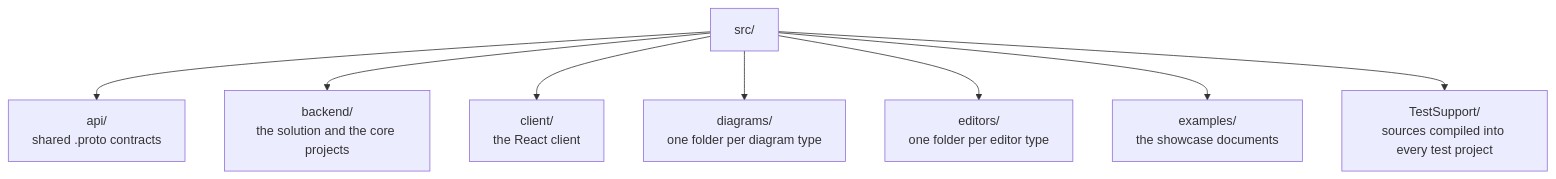
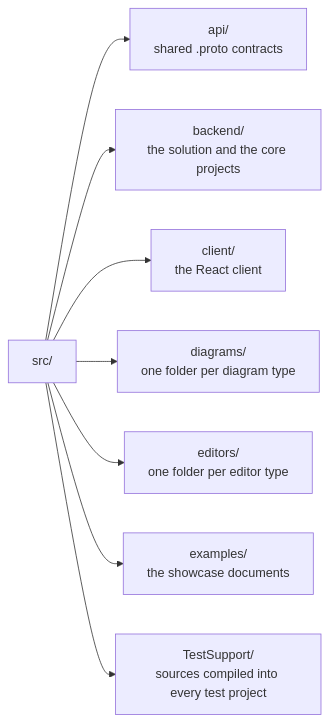
The diagram in docs/solution-structure.md (etalii-adp/etalii.adp.ide.standalone), drawn with Mermaid before and after one commit. The commit also changed 1 other file, not shown here.

Commit message:
architecture-pages: the structure diagram runs left to right, so seven children read at the dashboard's width (Requirement 4.4).
Rendered with mermaid 11 at 700px: top-to-bottom fanned the seven folders into one row with unreadable labels.
Both blocks parse; a planted broken arrow does not.

````diff
--- a/docs/solution-structure.md
+++ b/docs/solution-structure.md
@@ -7,11 +7,11 @@
 ```mermaid
-flowchart TB
+flowchart LR
     src["src/"]
     src --> api["api/<br/>shared .proto contracts"]
     src --> backend["backend/<br/>the solution and the core projects"]
     src --> client["client/<br/>the React client"]
     src --> diagrams["diagrams/<br/>one folder per diagram type"]
     src --> editors["editors/<br/>one folder per editor type"]
     src --> examples["examples/<br/>the showcase documents"]
     src --> testsupport["TestSupport/<br/>sources compiled into every test project"]
 ```
````
